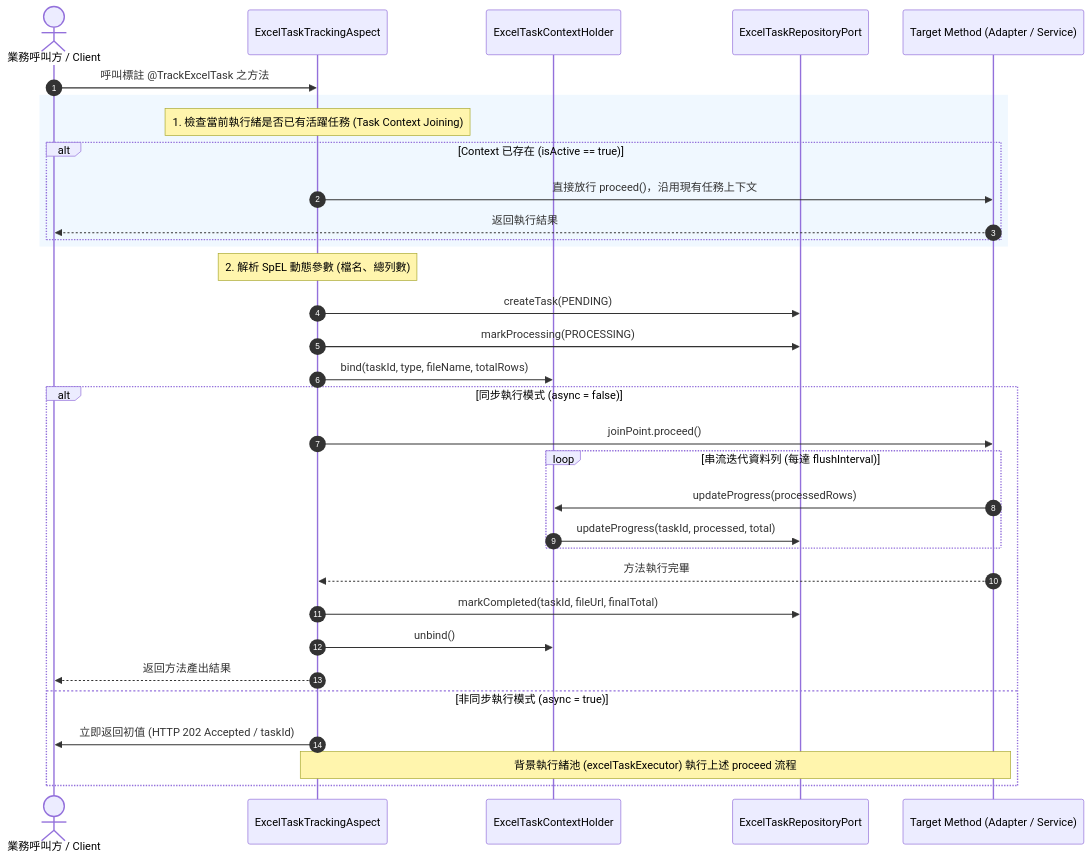
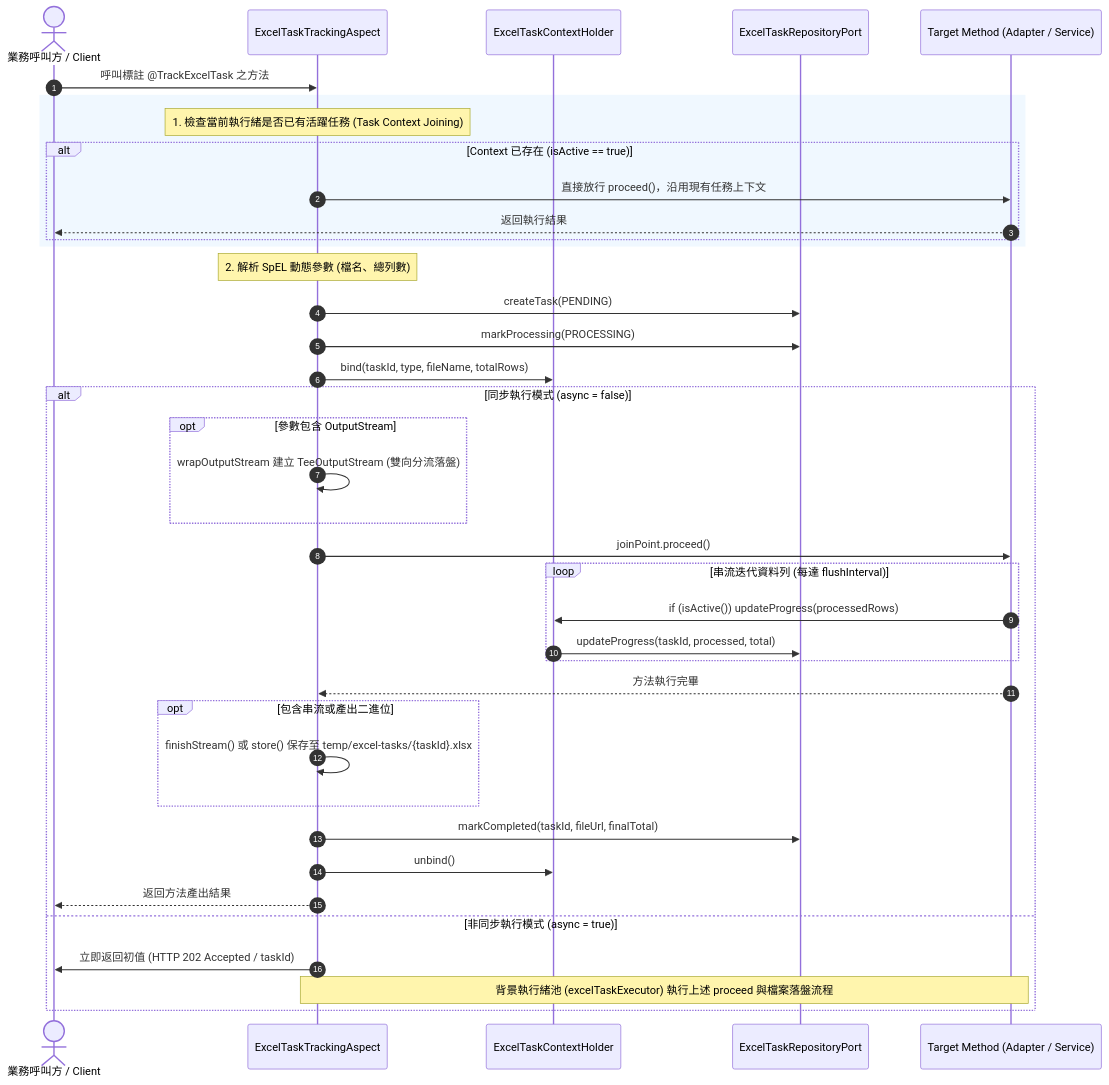
One commit to nick54785478/excel-module changed the diagram in doc/design/annotation-driven-task-tracking/01-aop-lifecycle-and-context-protection.md. Above: the diagram before and after it, drawn with Mermaid. The commit also changed other lines of this file and 12 other files, not shown here.

````diff
--- a/doc/design/annotation-driven-task-tracking/01-aop-lifecycle-and-context-protection.md
+++ b/doc/design/annotation-driven-task-tracking/01-aop-lifecycle-and-context-protection.md
@@ -64,39 +64,45 @@
 ```mermaid
 sequenceDiagram
     autonumber
     actor Caller as 業務呼叫方 / Client
     participant Aspect as ExcelTaskTrackingAspect
     participant Context as ExcelTaskContextHolder
     participant Repo as ExcelTaskRepositoryPort
     participant Target as Target Method (Adapter / Service)
 
     Caller->>Aspect: 呼叫標註 @TrackExcelTask 之方法
     
     rect rgb(240, 248, 255)
         Note over Aspect: 1. 檢查當前執行緒是否已有活躍任務 (Task Context Joining)
         alt Context 已存在 (isActive == true)
             Aspect->>Target: 直接放行 proceed()，沿用現有任務上下文
             Target-->>Caller: 返回執行結果
         end
     end
 
     Note over Aspect: 2. 解析 SpEL 動態參數 (檔名、總列數)
     Aspect->>Repo: createTask(PENDING)
     Aspect->>Repo: markProcessing(PROCESSING)
     Aspect->>Context: bind(taskId, type, fileName, totalRows)
 
     alt 同步執行模式 (async = false)
+        opt 參數包含 OutputStream
+            Aspect->>Aspect: wrapOutputStream 建立 TeeOutputStream (雙向分流落盤)
+        end
         Aspect->>Target: joinPoint.proceed()
         loop 串流迭代資料列 (每達 flushInterval)
-            Target->>Context: updateProgress(processedRows)
+            Target->>Context: if (isActive()) updateProgress(processedRows)
             Context->>Repo: updateProgress(taskId, processed, total)
         end
         Target-->>Aspect: 方法執行完畢
+        opt 包含串流或產出二進位
+            Aspect->>Aspect: finishStream() 或 store() 保存至 temp/excel-tasks/{taskId}.xlsx
+        end
         Aspect->>Repo: markCompleted(taskId, fileUrl, finalTotal)
         Aspect->>Context: unbind()
         Aspect-->>Caller: 返回方法產出結果
     else 非同步執行模式 (async = true)
         Aspect->>Caller: 立即返回初值 (HTTP 202 Accepted / taskId)
-        Note over Aspect, Target: 背景執行緒池 (excelTaskExecutor) 執行上述 proceed 流程
+        Note over Aspect, Target: 背景執行緒池 (excelTaskExecutor) 執行上述 proceed 與檔案落盤流程
     end
 ```
````
